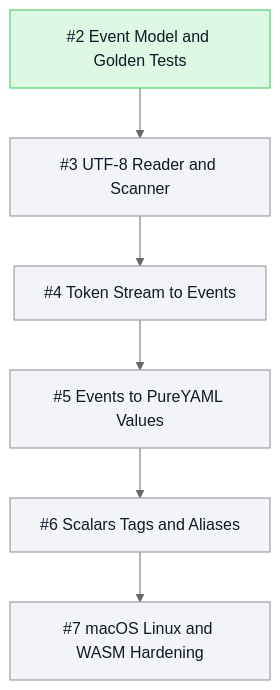
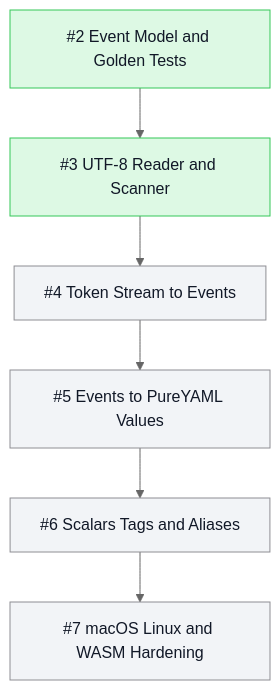
The third of 3 diagrams in README.md (mihaelamj/PureYAML), drawn with Mermaid (neutral theme) before and after one commit. The commit also changed 17 other files, not shown here.

Commit message:
feat(parsing): add reader scanner core

````diff
--- a/README.md
+++ b/README.md
@@ -54,18 +54,18 @@
 ```mermaid
 flowchart TB
   classDef done fill:#ddf9e4,stroke:#34c759,color:#111827
   classDef review fill:#fff7d6,stroke:#ffcc00,color:#111827
   classDef epic fill:#f2e5ff,stroke:#af52de,color:#111827
   classDef todo fill:#f2f4f7,stroke:#8e8e93,color:#111827
   Issue2["#2 Event Model and Golden Tests"]:::done
-  Issue3["#3 UTF-8 Reader and Scanner"]:::todo
+  Issue3["#3 UTF-8 Reader and Scanner"]:::done
   Issue4["#4 Token Stream to Events"]:::todo
   Issue5["#5 Events to PureYAML Values"]:::todo
   Issue6["#6 Scalars Tags and Aliases"]:::todo
   Issue7["#7 macOS Linux and WASM Hardening"]:::todo
   Issue2 --> Issue3
   Issue3 --> Issue4
   Issue4 --> Issue5
   Issue5 --> Issue6
   Issue6 --> Issue7
 ```
````
